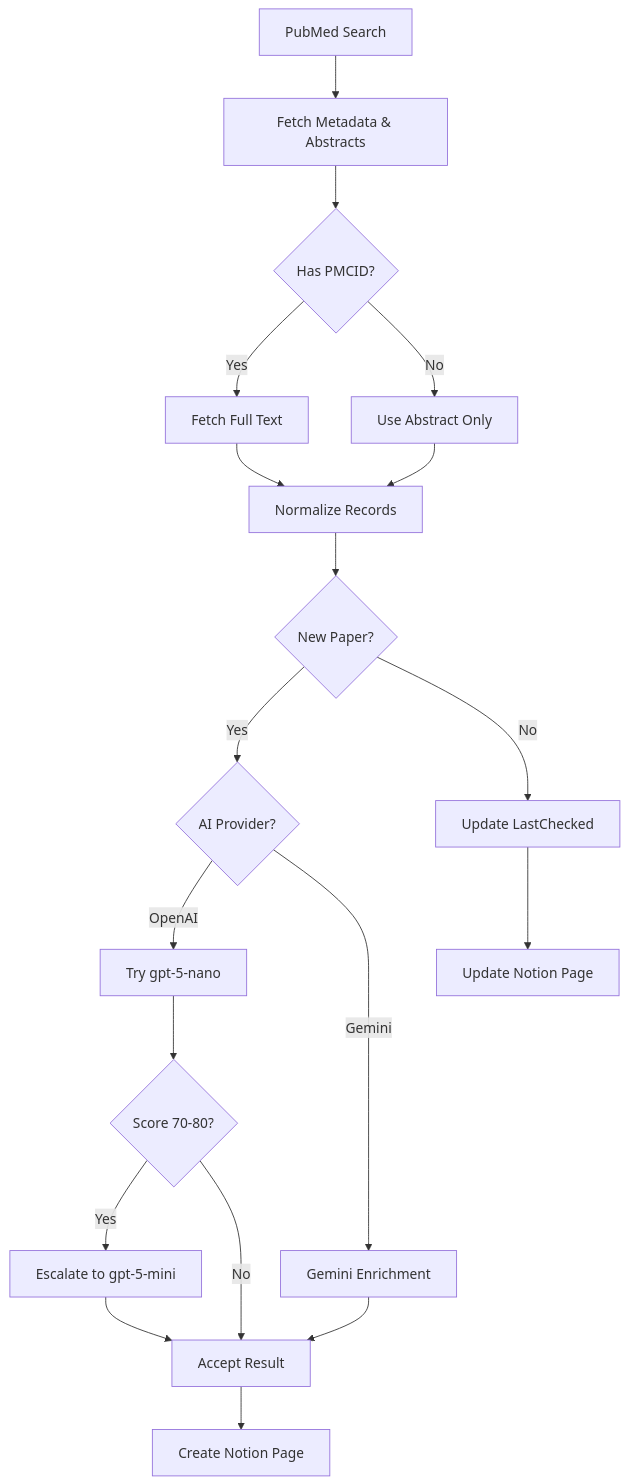
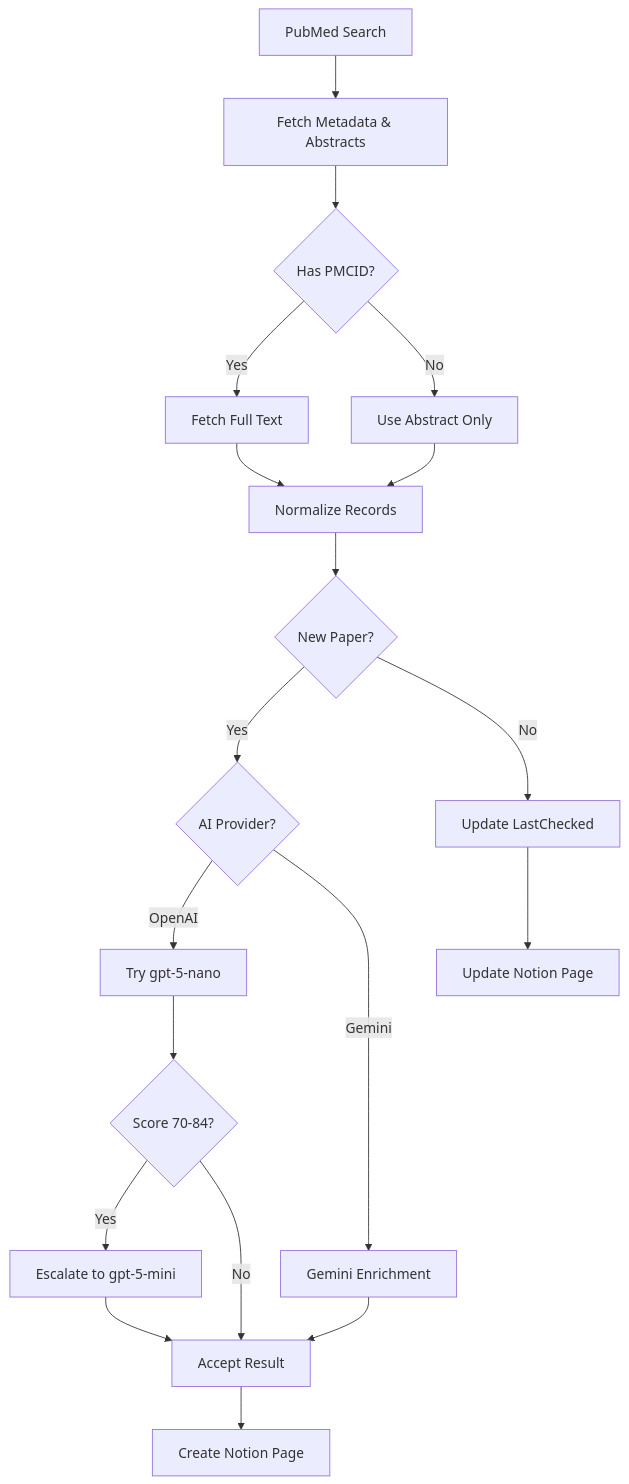
Before and after one commit to kunlin0814/LiteratureSearch: the diagram in README.md, drawn with Mermaid. The commit also changed other lines of this file and 2 other files, not shown here.

````diff
--- a/README.md
+++ b/README.md
@@ -133,21 +133,21 @@
 ```mermaid
 graph TD
     A[PubMed Search] --> B[Fetch Metadata & Abstracts]
     B --> C{Has PMCID?}
     C -->|Yes| D[Fetch Full Text]
     C -->|No| E[Use Abstract Only]
     D --> F[Normalize Records]
     E --> F
     F --> G{New Paper?}
     G -->|Yes| H{AI Provider?}
     H -->|OpenAI| I[Try gpt-5-nano]
     H -->|Gemini| J[Gemini Enrichment]
-    I --> K{Score 70-80?}
+    I --> K{Score 70-84?}
     K -->|Yes| L[Escalate to gpt-5-mini]
     K -->|No| M[Accept Result]
     L --> M
     J --> M
     M --> N[Create Notion Page]
     G -->|No| O[Update LastChecked]
     O --> P[Update Notion Page]
 ```
````
